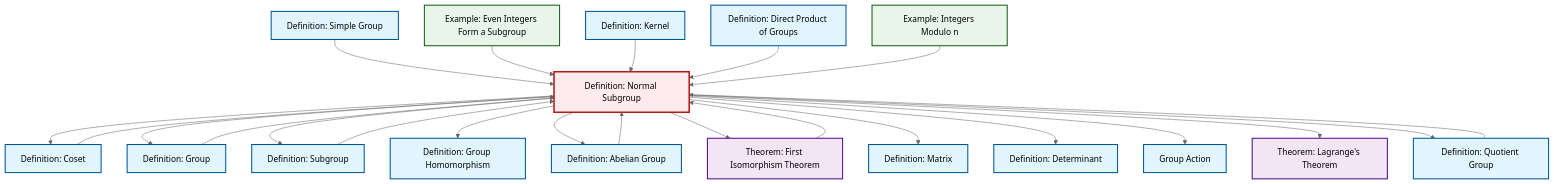
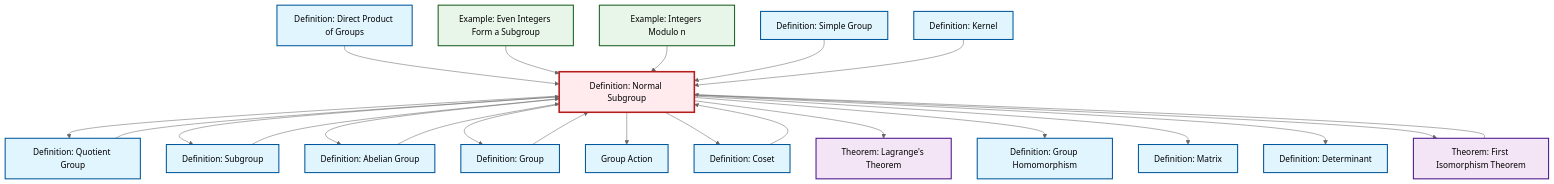
One commit to RK0429/ModernMath changed the diagram in content/en/algebra/def-normal-subgroup.qmd. Above: the diagram before and after it, drawn with Mermaid (neutral theme). The commit also changed other lines of this file and 597 other files, not shown here.

````diff
--- a/content/en/algebra/def-normal-subgroup.qmd
+++ b/content/en/algebra/def-normal-subgroup.qmd
@@ -95,65 +95,65 @@
 ```{mermaid}
 %%| fig-cap: "Local dependency graph"
 graph TD
     classDef definition fill:#e1f5fe,stroke:#01579b,stroke-width:2px
     classDef theorem fill:#f3e5f5,stroke:#4a148c,stroke-width:2px
     classDef axiom fill:#fff3e0,stroke:#e65100,stroke-width:2px
     classDef example fill:#e8f5e9,stroke:#1b5e20,stroke-width:2px
     classDef current fill:#ffebee,stroke:#b71c1c,stroke-width:3px
+    thm-lagrange["Theorem: Lagrange's Theorem"]:::theorem
+    ex-even-integers-subgroup["Example: Even Integers Form a Subgroup"]:::example
+    def-group-action["Group Action"]:::definition
     def-simple-group["Definition: Simple Group"]:::definition
+    ex-quotient-integers-mod-n["Example: Integers Modulo n"]:::example
+    def-homomorphism["Definition: Group Homomorphism"]:::definition
+    def-direct-product["Definition: Direct Product of Groups"]:::definition
     def-matrix["Definition: Matrix"]:::definition
-    def-subgroup["Definition: Subgroup"]:::definition
-    ex-quotient-integers-mod-n["Example: Integers Modulo n"]:::example
-    def-determinant["Definition: Determinant"]:::definition
-    def-group-action["Group Action"]:::definition
-    def-quotient-group["Definition: Quotient Group"]:::definition
-    thm-lagrange["Theorem: Lagrange's Theorem"]:::theorem
-    def-abelian-group["Definition: Abelian Group"]:::definition
     def-coset["Definition: Coset"]:::definition
     def-kernel["Definition: Kernel"]:::definition
+    def-determinant["Definition: Determinant"]:::definition
+    def-normal-subgroup["Definition: Normal Subgroup"]:::definition
+    def-abelian-group["Definition: Abelian Group"]:::definition
+    def-quotient-group["Definition: Quotient Group"]:::definition
+    thm-first-isomorphism["Theorem: First Isomorphism Theorem"]:::theorem
     def-group["Definition: Group"]:::definition
-    thm-first-isomorphism["Theorem: First Isomorphism Theorem"]:::theorem
-    def-homomorphism["Definition: Group Homomorphism"]:::definition
-    ex-even-integers-subgroup["Example: Even Integers Form a Subgroup"]:::example
-    def-normal-subgroup["Definition: Normal Subgroup"]:::definition
-    def-direct-product["Definition: Direct Product of Groups"]:::definition
+    def-subgroup["Definition: Subgroup"]:::definition
+    def-coset --> def-normal-subgroup
+    def-direct-product --> def-normal-subgroup
+    def-normal-subgroup --> def-quotient-group
+    ex-even-integers-subgroup --> def-normal-subgroup
+    def-normal-subgroup --> def-subgroup
+    def-normal-subgroup --> def-abelian-group
+    ex-quotient-integers-mod-n --> def-normal-subgroup
+    def-normal-subgroup --> def-group
+    thm-first-isomorphism --> def-normal-subgroup
+    def-normal-subgroup --> def-group-action
     def-normal-subgroup --> def-coset
-    def-normal-subgroup --> def-group
-    def-normal-subgroup --> def-subgroup
+    def-normal-subgroup --> thm-lagrange
+    def-normal-subgroup --> def-homomorphism
+    def-normal-subgroup --> def-matrix
+    def-normal-subgroup --> def-determinant
     def-simple-group --> def-normal-subgroup
-    def-normal-subgroup --> def-homomorphism
-    ex-even-integers-subgroup --> def-normal-subgroup
     def-kernel --> def-normal-subgroup
     def-quotient-group --> def-normal-subgroup
+    def-normal-subgroup --> thm-first-isomorphism
     def-subgroup --> def-normal-subgroup
-    def-normal-subgroup --> def-abelian-group
-    def-coset --> def-normal-subgroup
-    def-normal-subgroup --> thm-first-isomorphism
-    def-direct-product --> def-normal-subgroup
-    thm-first-isomorphism --> def-normal-subgroup
     def-group --> def-normal-subgroup
-    def-normal-subgroup --> def-matrix
-    def-normal-subgroup --> def-determinant
-    def-normal-subgroup --> def-group-action
-    def-normal-subgroup --> thm-lagrange
     def-abelian-group --> def-normal-subgroup
-    ex-quotient-integers-mod-n --> def-normal-subgroup
-    def-normal-subgroup --> def-quotient-group
     class def-normal-subgroup current
+    click thm-lagrange "thm-lagrange.html" "Go to Lagrange's Theorem theorem"
+    click ex-even-integers-subgroup "ex-even-integers-subgroup.html" "Go to Even Integers Form a Subgroup example"
+    click def-group-action "def-group-action.html" "Go to Group Action"
     click def-simple-group "def-simple-group.html" "Go to Simple Group definition"
+    click ex-quotient-integers-mod-n "ex-quotient-integers-mod-n.html" "Go to Integers Modulo n example"
+    click def-homomorphism "def-homomorphism.html" "Go to Group Homomorphism definition"
+    click def-direct-product "def-direct-product.html" "Go to Direct Product of Groups definition"
     click def-matrix "def-matrix.html" "Go to Matrix definition"
-    click def-subgroup "def-subgroup.html" "Go to Subgroup definition"
-    click ex-quotient-integers-mod-n "ex-quotient-integers-mod-n.html" "Go to Integers Modulo n example"
-    click def-determinant "def-determinant.html" "Go to Determinant definition"
-    click def-group-action "def-group-action.html" "Go to Group Action"
-    click def-quotient-group "def-quotient-group.html" "Go to Quotient Group definition"
-    click thm-lagrange "thm-lagrange.html" "Go to Lagrange's Theorem theorem"
-    click def-abelian-group "def-abelian-group.html" "Go to Abelian Group definition"
     click def-coset "def-coset.html" "Go to Coset definition"
     click def-kernel "def-kernel.html" "Go to Kernel definition"
+    click def-determinant "def-determinant.html" "Go to Determinant definition"
+    click def-abelian-group "def-abelian-group.html" "Go to Abelian Group definition"
+    click def-quotient-group "def-quotient-group.html" "Go to Quotient Group definition"
+    click thm-first-isomorphism "thm-first-isomorphism.html" "Go to First Isomorphism Theorem theorem"
     click def-group "def-group.html" "Go to Group definition"
-    click thm-first-isomorphism "thm-first-isomorphism.html" "Go to First Isomorphism Theorem theorem"
-    click def-homomorphism "def-homomorphism.html" "Go to Group Homomorphism definition"
-    click ex-even-integers-subgroup "ex-even-integers-subgroup.html" "Go to Even Integers Form a Subgroup example"
-    click def-direct-product "def-direct-product.html" "Go to Direct Product of Groups definition"
+    click def-subgroup "def-subgroup.html" "Go to Subgroup definition"
 ```
````
